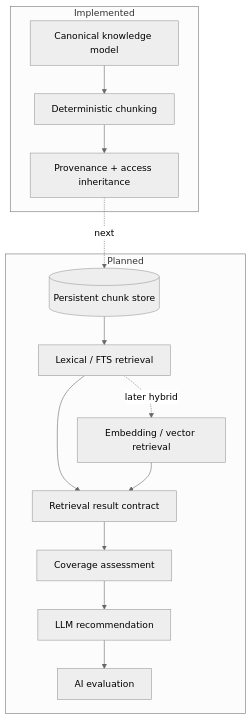
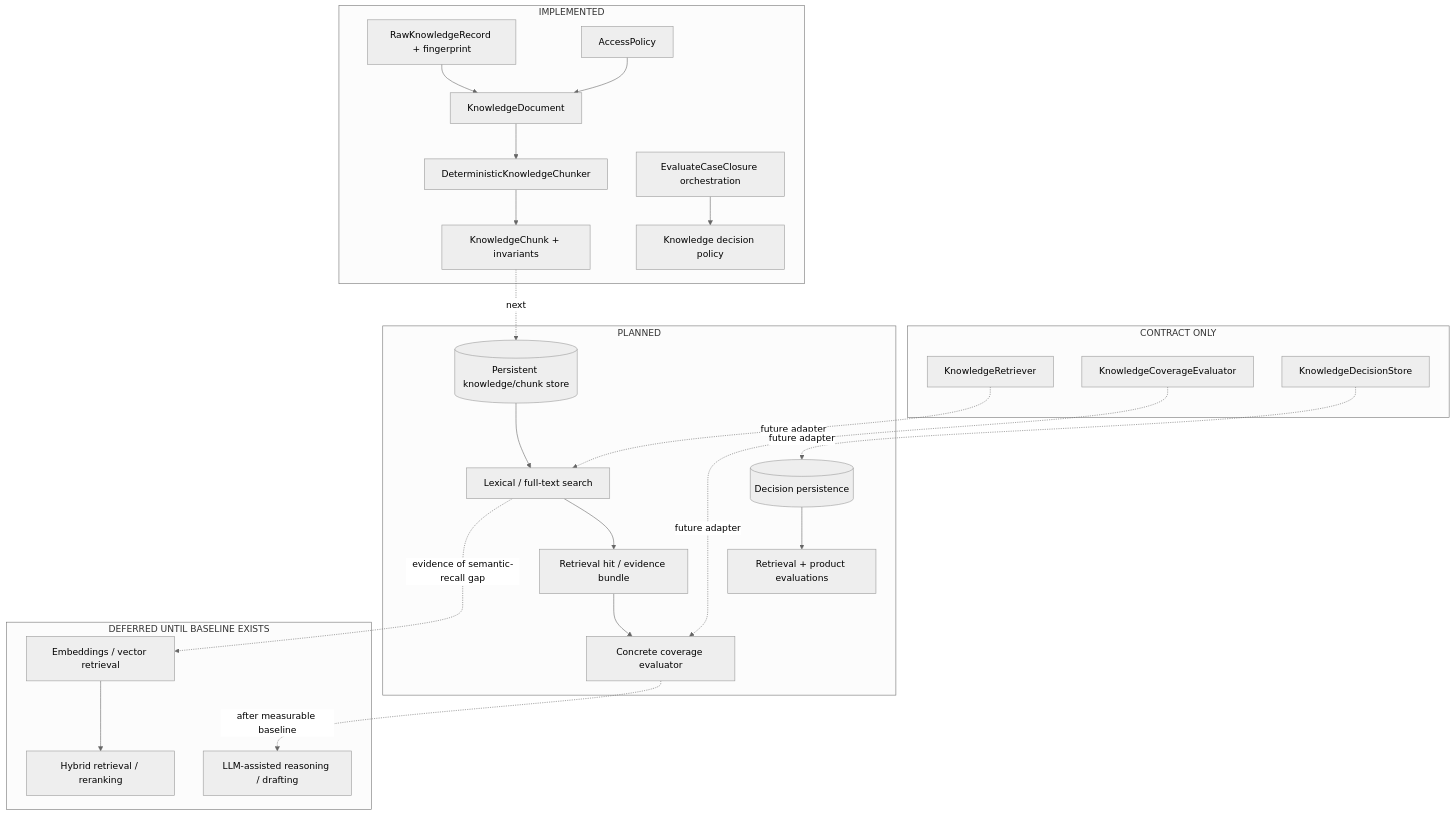
One commit to kumarchandansingh/tropos changed the second of 7 diagrams in docs/architecture/RAG_ARCHITECTURE.md. Above: the diagram before and after it, drawn with Mermaid (neutral theme). The commit also changed other lines of this file and 13 other files, not shown here.

Commit message:
docs: rebuild Tropos living architecture

````diff
--- a/docs/architecture/RAG_ARCHITECTURE.md
+++ b/docs/architecture/RAG_ARCHITECTURE.md
@@ -25,21 +24,46 @@
 ```mermaid
 flowchart TB
-    subgraph Implemented
-      N1[Canonical knowledge model]
-      C1[Deterministic chunking]
-      P1[Provenance + access inheritance]
-      N1 --> C1 --> P1
+    subgraph Implemented[IMPLEMENTED]
+      R1[RawKnowledgeRecord + fingerprint]
+      AP[AccessPolicy]
+      KD[KnowledgeDocument]
+      CH[DeterministicKnowledgeChunker]
+      KC[KnowledgeChunk + invariants]
+      DI[Knowledge decision policy]
+      OR[EvaluateCaseClosure orchestration]
+      R1 --> KD --> CH --> KC
+      AP --> KD
+      OR --> DI
     end
 
-    subgraph Planned
-      PS[(Persistent chunk store)] --> FTS[Lexical / FTS retrieval]
-      FTS --> RR[Retrieval result contract]
-      RR --> CA[Coverage assessment]
-      CA --> LLM[LLM recommendation]
-      LLM --> EV[AI evaluation]
-      FTS -. later hybrid .-> V[Embedding / vector retrieval]
-      V --> RR
+    subgraph Contract[CONTRACT ONLY]
+      RET[KnowledgeRetriever]
+      COV[KnowledgeCoverageEvaluator]
+      STORE[KnowledgeDecisionStore]
     end
 
-    P1 -. next .-> PS
+    subgraph Planned[PLANNED]
+      PS[(Persistent knowledge/chunk store)]
+      FTS[Lexical / full-text search]
+      HIT[Retrieval hit / evidence bundle]
+      CE[Concrete coverage evaluator]
+      DS[(Decision persistence)]
+      EV[Retrieval + product evaluations]
+      PS --> FTS --> HIT --> CE
+      DS --> EV
+    end
+
+    subgraph Deferred[DEFERRED UNTIL BASELINE EXISTS]
+      EMB[Embeddings / vector retrieval]
+      HYB[Hybrid retrieval / reranking]
+      LLM[LLM-assisted reasoning / drafting]
+    end
+
+    KC -. next .-> PS
+    RET -. future adapter .-> FTS
+    COV -. future adapter .-> CE
+    STORE -. future adapter .-> DS
+    FTS -. evidence of semantic-recall gap .-> EMB
+    EMB --> HYB
+    CE -. after measurable baseline .-> LLM
 ```
````
